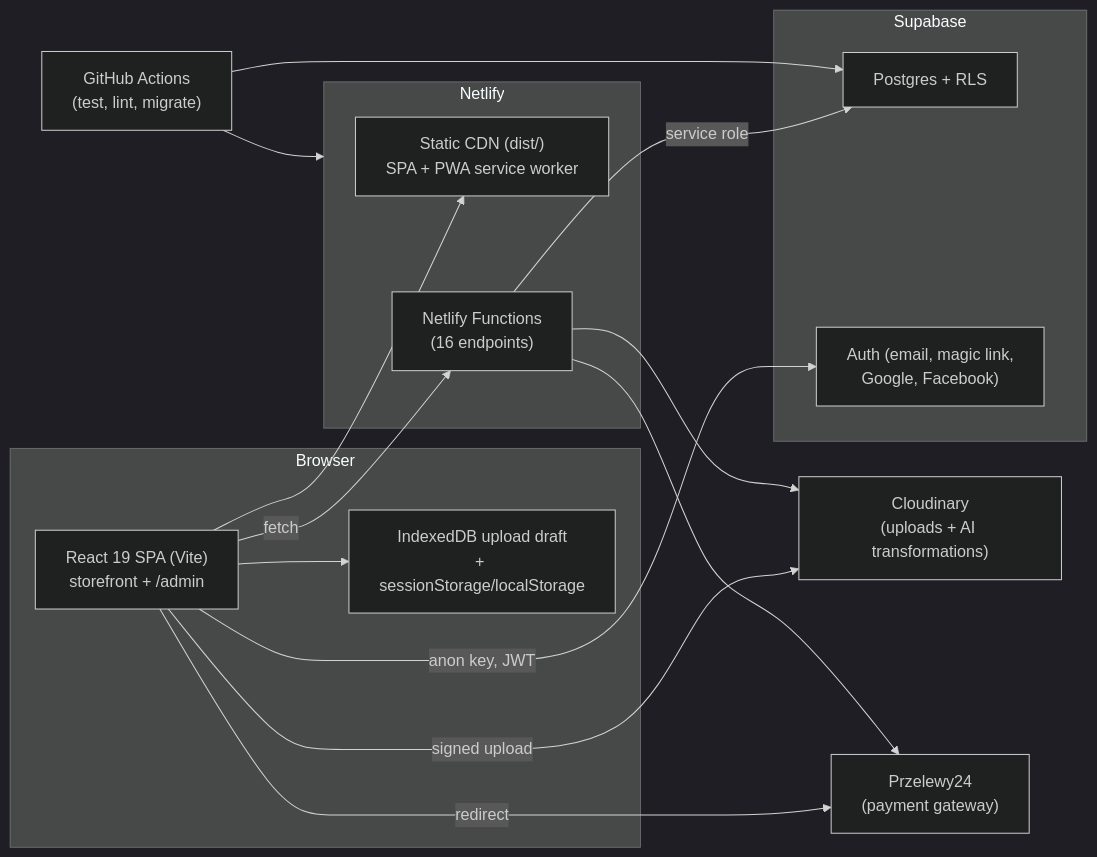
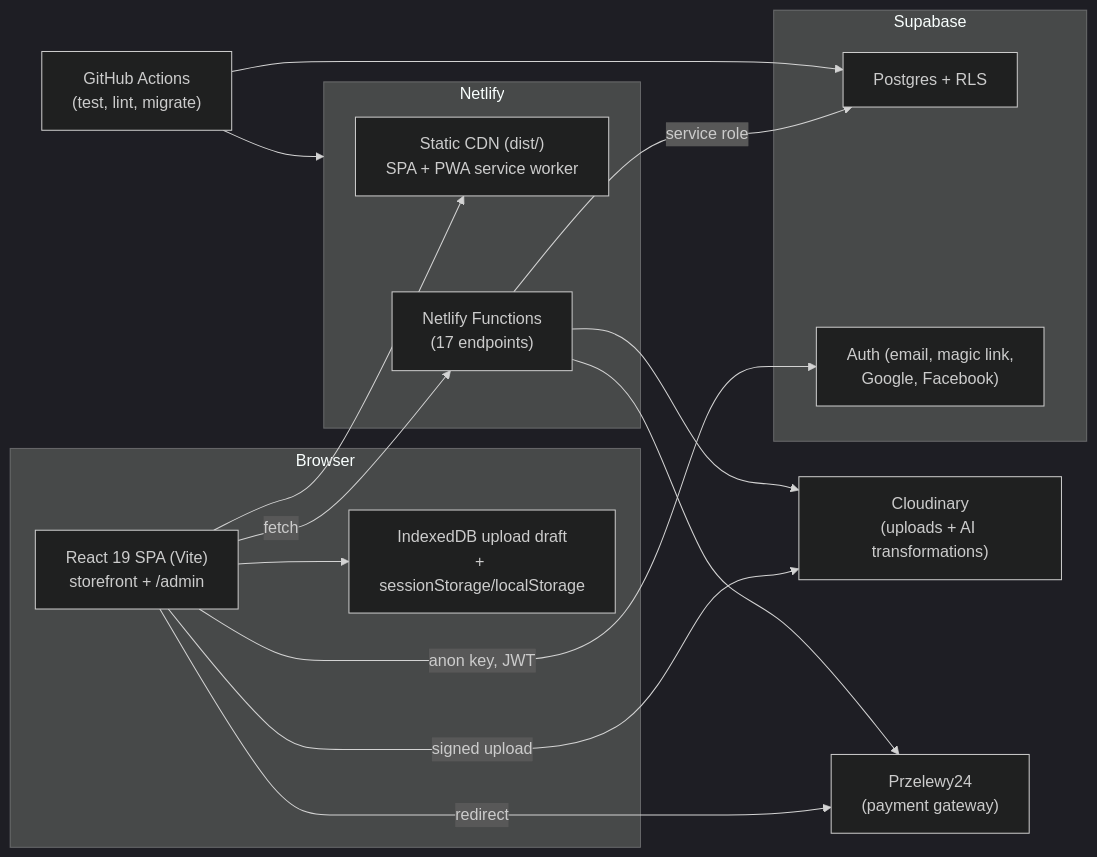
One commit to jpietrzyk/tuus-imago changed the diagram in docs/tech-summary.md. Above: the diagram before and after it, drawn with Mermaid (dark theme). The commit also changed other lines of this file and 47 other files, not shown here.

````diff
--- a/docs/tech-summary.md
+++ b/docs/tech-summary.md
@@ -22,30 +22,30 @@
 ```mermaid
 flowchart LR
   subgraph Browser
     SPA["React 19 SPA (Vite)\nstorefront + /admin"]
     IDB["IndexedDB upload draft\n+ sessionStorage/localStorage"]
   end
   subgraph Netlify
     CDN["Static CDN (dist/)\nSPA + PWA service worker"]
-    FN["Netlify Functions\n(16 endpoints)"]
+    FN["Netlify Functions\n(17 endpoints)"]
   end
   subgraph Supabase
     PG["Postgres + RLS"]
     AUTH["Auth (email, magic link,\nGoogle, Facebook)"]
   end
   CL["Cloudinary\n(uploads + AI transformations)"]
   P24["Przelewy24\n(payment gateway)"]
   GH["GitHub Actions\n(test, lint, migrate)"]
 
   SPA --> CDN
   SPA --> IDB
   SPA -->|anon key, JWT| AUTH
   SPA -->|fetch| FN
   SPA -->|signed upload| CL
   SPA -->|redirect| P24
   FN -->|service role| PG
   FN --> CL
   FN --> P24
   GH --> Netlify
   GH --> PG
 ```
````
